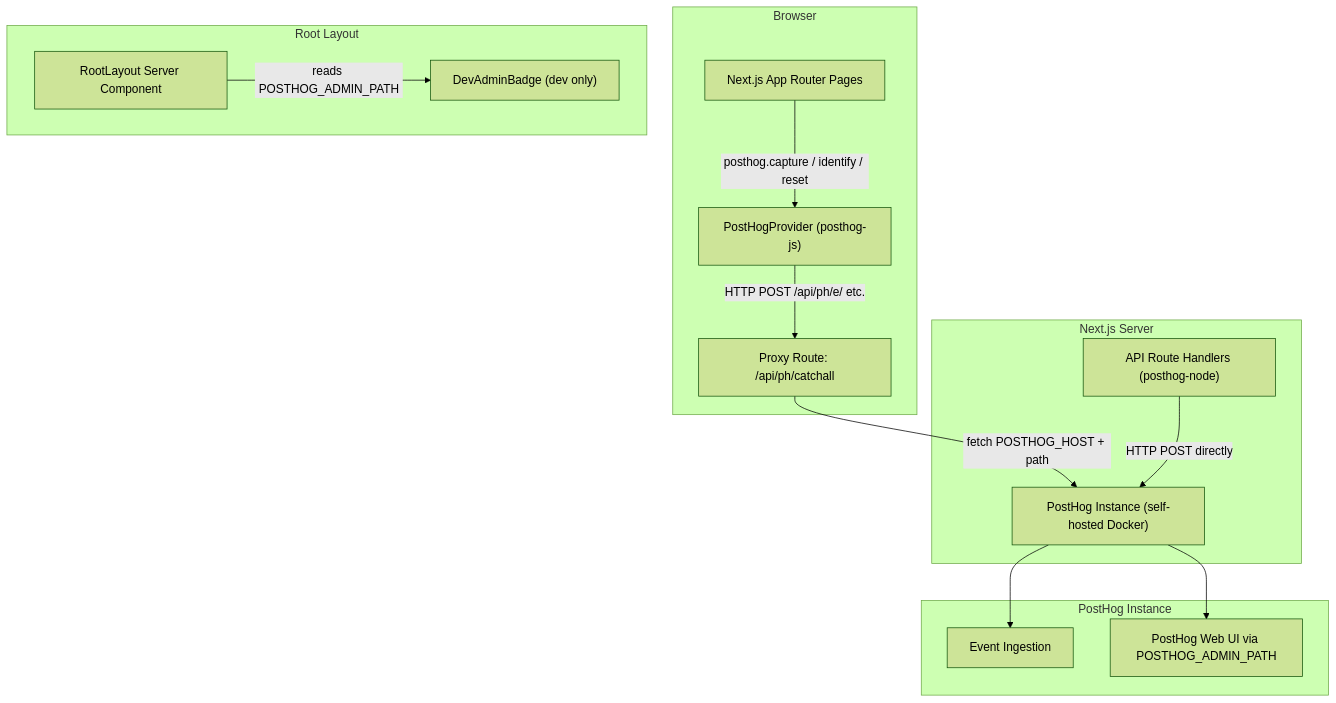
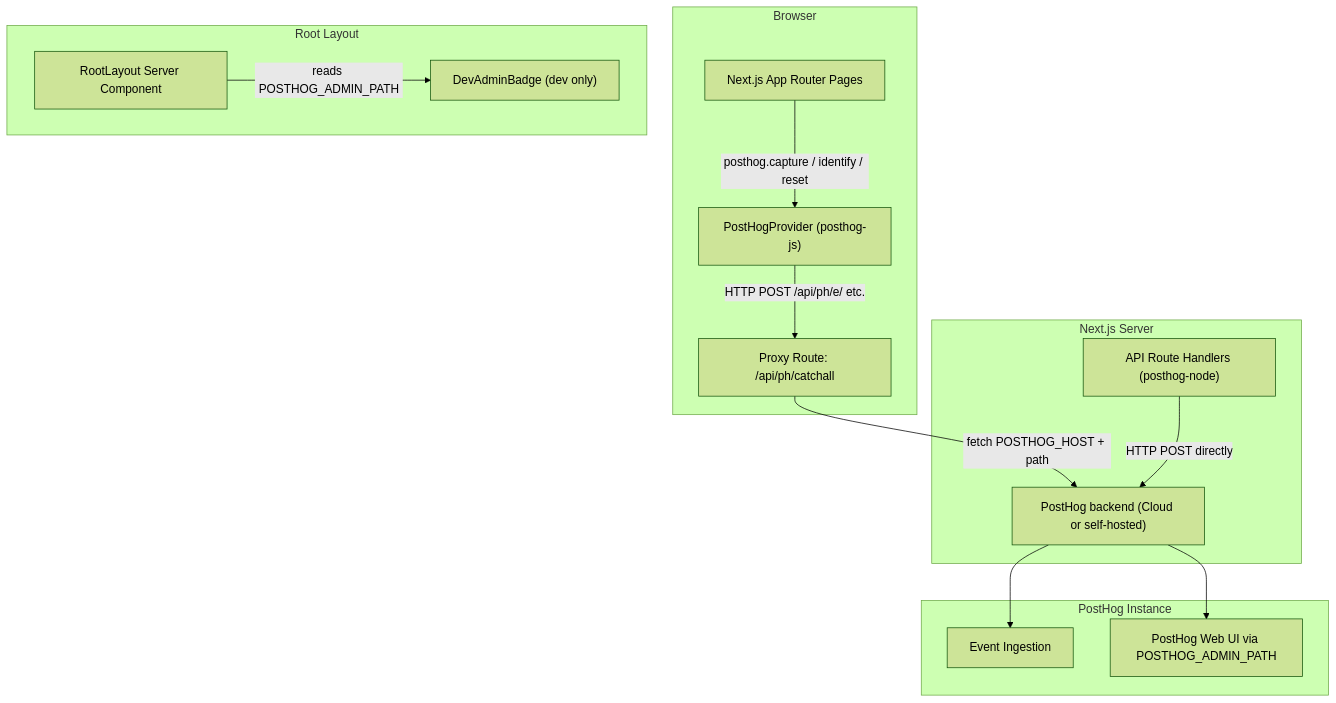
Before and after one commit to nrajesh/carnatic-artists-portal: the diagram in .kiro/specs/posthog-analytics/design.md, drawn with Mermaid (forest theme). The commit also changed other lines of this file and 19 other files, not shown here.

First line of the commit message:
feat: update PostHog integration and privacy policy disclosures

````diff
--- a/.kiro/specs/posthog-analytics/design.md
+++ b/.kiro/specs/posthog-analytics/design.md
@@ -29,21 +29,21 @@
 ```mermaid
 graph TD
     subgraph Browser
         A["Next.js App Router Pages"] -->|"posthog.capture / identify / reset"| B["PostHogProvider (posthog-js)"]
         B -->|"HTTP POST /api/ph/e/ etc."| C["Proxy Route: /api/ph/catchall"]
     end
 
     subgraph NextServer["Next.js Server"]
-        C -->|"fetch POSTHOG_HOST + path"| D["PostHog Instance (self-hosted Docker)"]
+        C -->|"fetch POSTHOG_HOST + path"| D["PostHog backend (Cloud or self-hosted)"]
         E["API Route Handlers (posthog-node)"] -->|"HTTP POST directly"| D
     end
 
     subgraph PostHogInstance["PostHog Instance"]
         D --> F["Event Ingestion"]
         D --> G["PostHog Web UI via POSTHOG_ADMIN_PATH"]
     end
 
     subgraph RootLayout["Root Layout"]
         H["RootLayout Server Component"] -->|"reads POSTHOG_ADMIN_PATH"| I["DevAdminBadge (dev only)"]
     end
 ```
````
